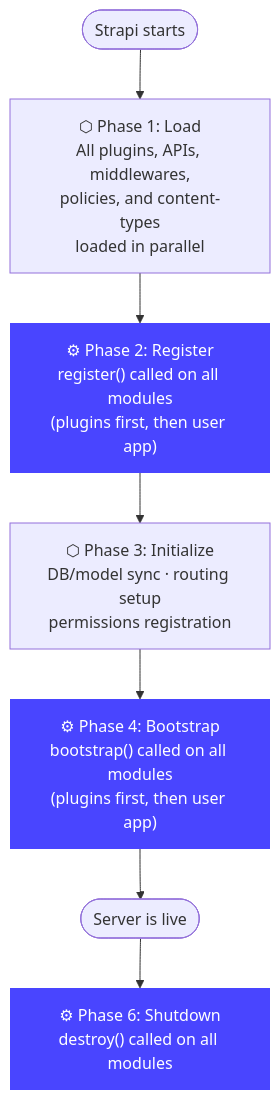
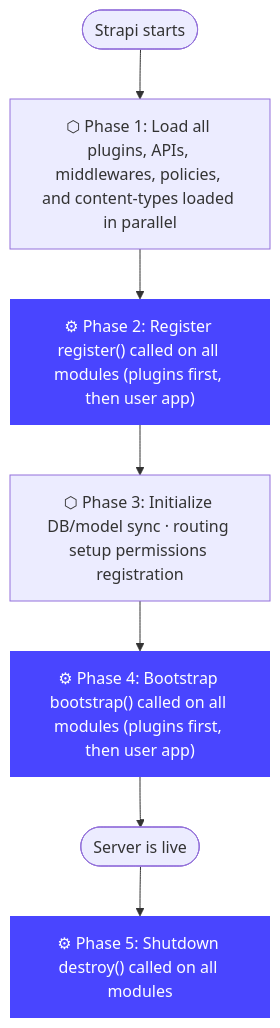
One commit to strapi/documentation changed the diagram in docusaurus/static/diagrams/plugins-server-api-lifecycle.mmd. Above: the diagram before and after it, drawn with Mermaid. The commit also changed 3 other files, not shown here.

Commit message:
Adjust diagrams and content in server-lifecycle (phase 5 is not a phase)

```diff
--- a/docusaurus/static/diagrams/plugins-server-api-lifecycle.mmd
+++ b/docusaurus/static/diagrams/plugins-server-api-lifecycle.mmd
@@ -1,21 +1,21 @@
 flowchart TD
     A([Strapi starts]) --> B
 
-    B["⬡ Phase 1: Load\nAll plugins, APIs, middlewares,\npolicies, and content-types\nloaded in parallel"]
+    B["⬡ Phase 1: Load all plugins, APIs, middlewares, policies, and content-types loaded in parallel"]
     B --> C
 
-    C["⚙ Phase 2: Register\nregister() called on all modules\n(plugins first, then user app)"]:::highlight
+    C["⚙ Phase 2: Register register() called on all modules (plugins first, then user app)"]:::highlight
     C --> D
 
-    D["⬡ Phase 3: Initialize\nDB/model sync · routing setup\npermissions registration"]
+    D["⬡ Phase 3: Initialize DB/model sync · routing setup permissions registration"]
     D --> E
 
-    E["⚙ Phase 4: Bootstrap\nbootstrap() called on all modules\n(plugins first, then user app)"]:::highlight
+    E["⚙ Phase 4: Bootstrap bootstrap() called on all modules (plugins first, then user app)"]:::highlight
     E --> F
 
     F([Server is live])
     F --> G
 
-    G["⚙ Phase 6: Shutdown\ndestroy() called on all modules"]:::highlight
+    G["⚙ Phase 5: Shutdown destroy() called on all modules"]:::highlight
 
     classDef highlight fill:#4945FF,color:#fff,stroke:none
```
